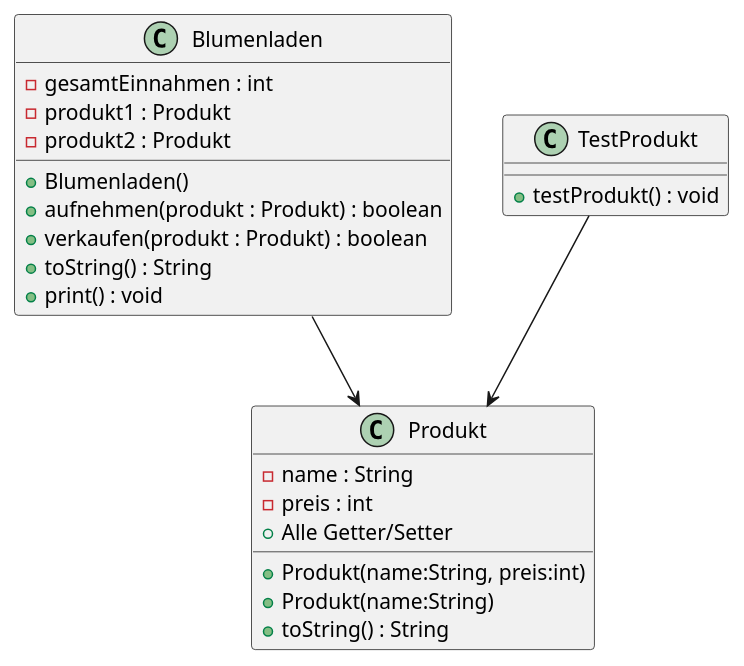
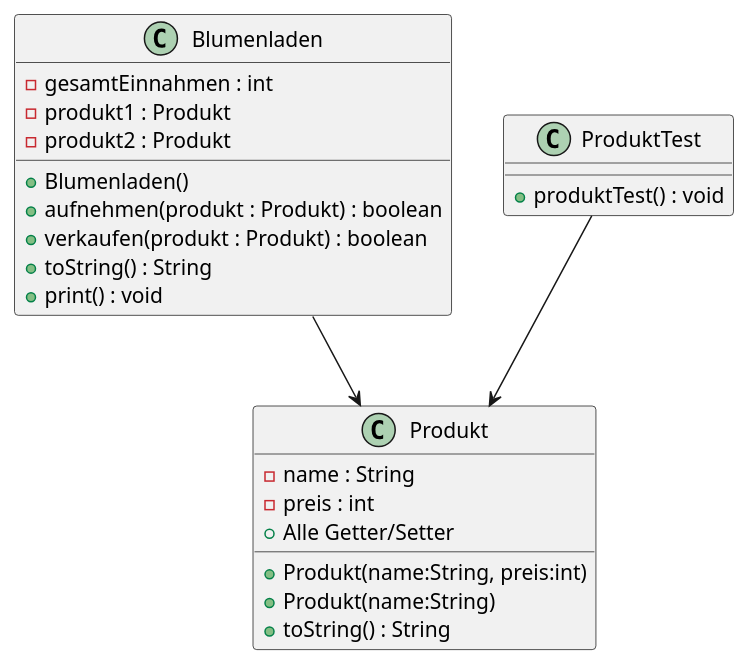
The diagram in PLF__2024-12-15__3BKIF/README.md (georgernstgraf/GRG-JAVA), drawn with PlantUML before and after one commit. The commit also changed other lines of this file and 6 other files, not shown here.

````diff
--- a/PLF__2024-12-15__3BKIF/README.md
+++ b/PLF__2024-12-15__3BKIF/README.md
@@ -17,31 +17,31 @@
 ```plantuml
 @startuml
 
 class Blumenladen {
 -gesamtEinnahmen : int
 -produkt1 : Produkt
 -produkt2 : Produkt
 +Blumenladen()
 +aufnehmen(produkt : Produkt) : boolean
 +verkaufen(produkt : Produkt) : boolean
 +toString() : String
 +print() : void
 }
 
 class Produkt {
 -name : String
 -preis : int
 +Produkt(name:String, preis:int)
 +Produkt(name:String)
 +Alle Getter/Setter
 +toString() : String
 }
 
-class TestProdukt {
-+testProdukt() : void
+class ProduktTest {
++produktTest() : void
 }
 
 Blumenladen --> Produkt
-TestProdukt --> Produkt
+ProduktTest --> Produkt
 @enduml
 ```
````
